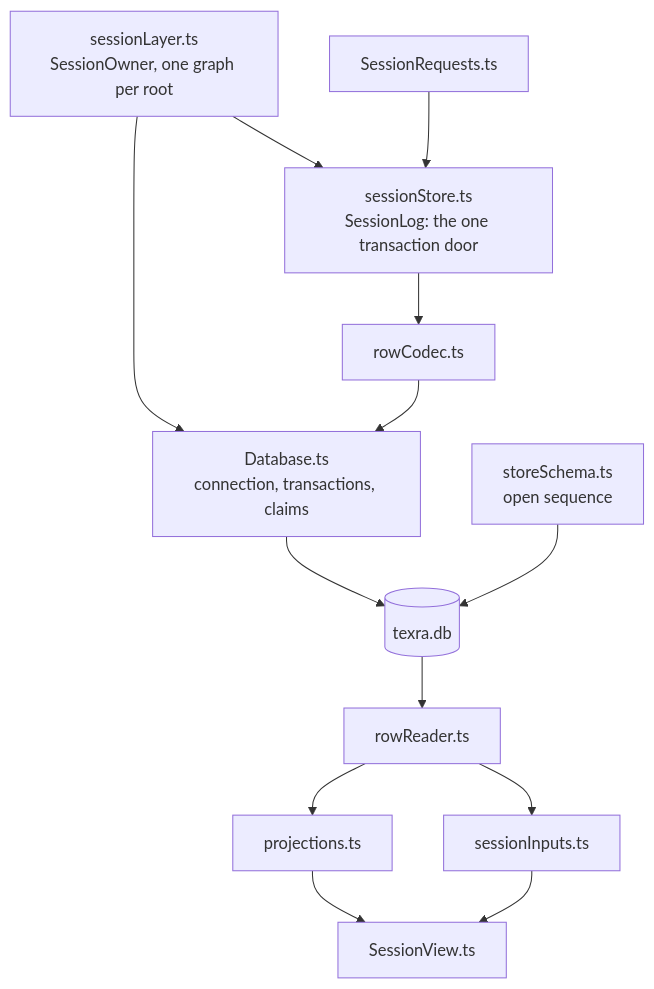
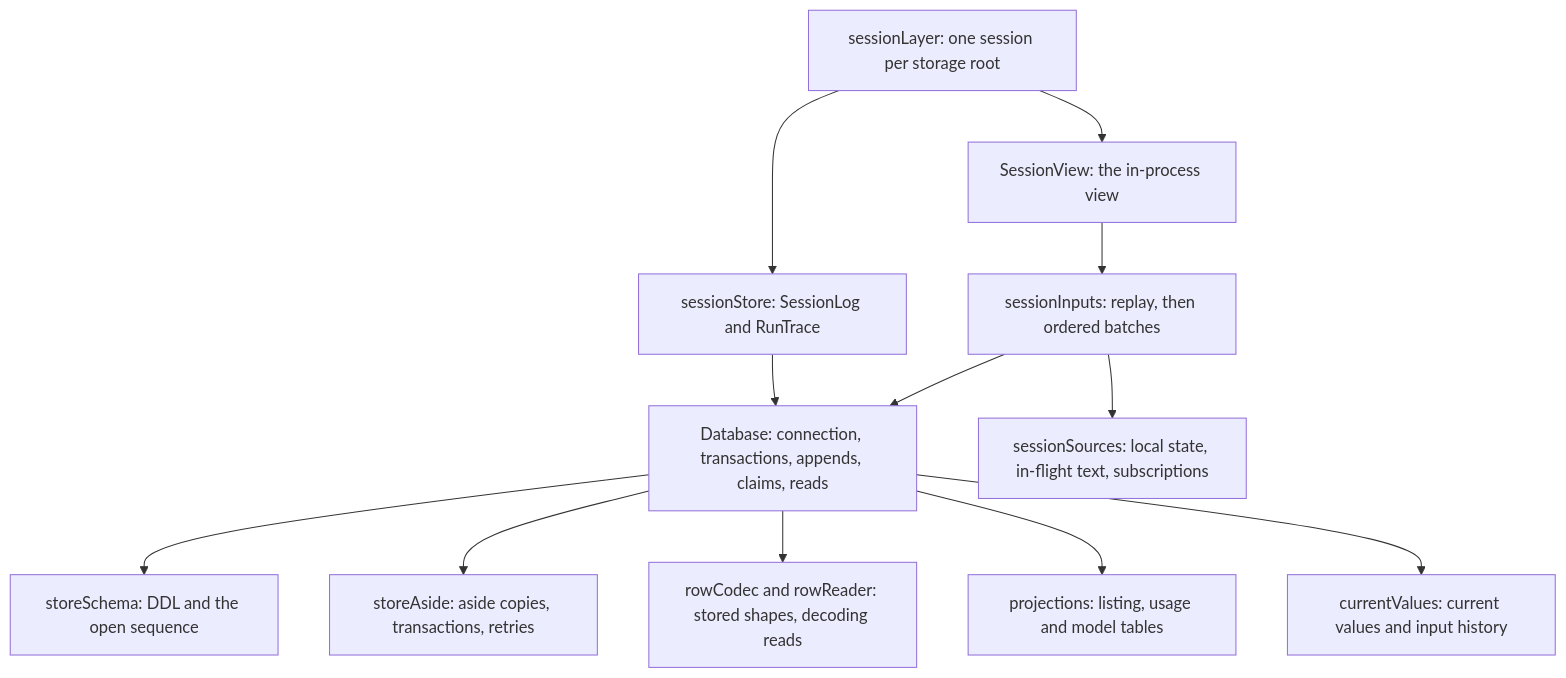
The diagram in packages/harness/src/controllers/session/README.md (LionSR/TeXRA), drawn with Mermaid before and after one commit. The commit also changed other lines of this file and 13 other files, not shown here.

````diff
--- a/packages/harness/src/controllers/session/README.md
+++ b/packages/harness/src/controllers/session/README.md
@@ -20,11 +8,14 @@
 ```mermaid
-flowchart TB
-  owner[sessionLayer.ts<br>SessionOwner, one graph per root] --> db[Database.ts<br>connection, transactions, claims]
-  owner --> log[sessionStore.ts<br>SessionLog: the one transaction door]
-  log --> codec[rowCodec.ts] --> db
-  db --> file[(texra.db)]
-  file --> reader[rowReader.ts] --> proj[projections.ts] --> view[SessionView.ts]
-  reader --> inputs[sessionInputs.ts] --> view
-  requests[SessionRequests.ts] --> log
-  schema[storeSchema.ts<br>open sequence] --> file
+flowchart TD
+  layer["sessionLayer: one session per storage root"] --> store["sessionStore: SessionLog and RunTrace"]
+  layer --> view["SessionView: the in-process view"]
+  store --> db["Database: connection, transactions, appends, claims, reads"]
+  view --> inputs["sessionInputs: replay, then ordered batches"]
+  inputs --> db
+  inputs --> sources["sessionSources: local state, in-flight text, subscriptions"]
+  db --> schema["storeSchema: DDL and the open sequence"]
+  db --> aside["storeAside: aside copies, transactions, retries"]
+  db --> codec["rowCodec and rowReader: stored shapes, decoding reads"]
+  db --> projections["projections: listing, usage and model tables"]
+  db --> values["currentValues: current values and input history"]
 ```
````
